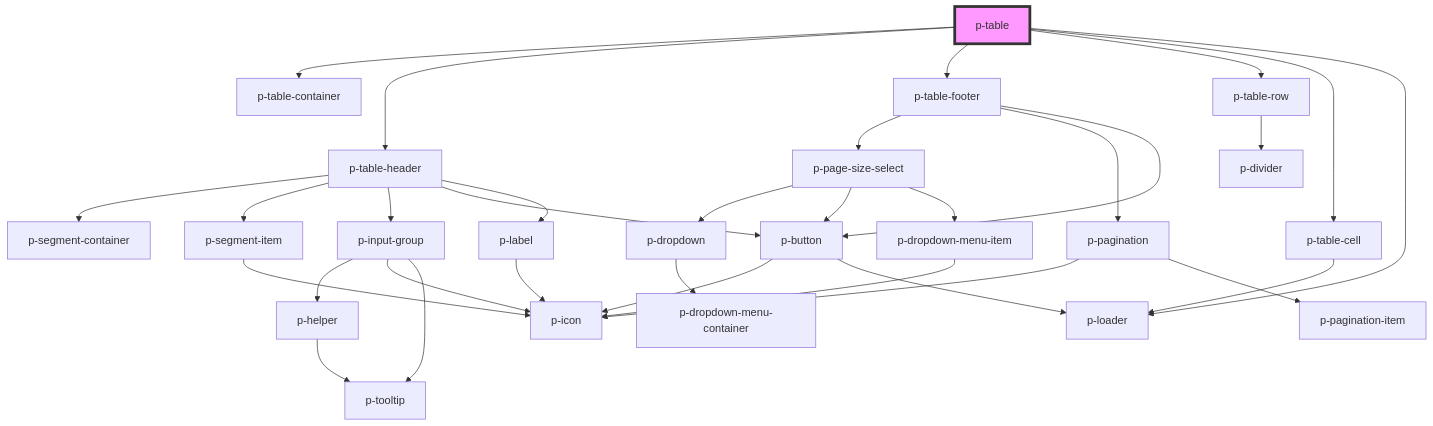
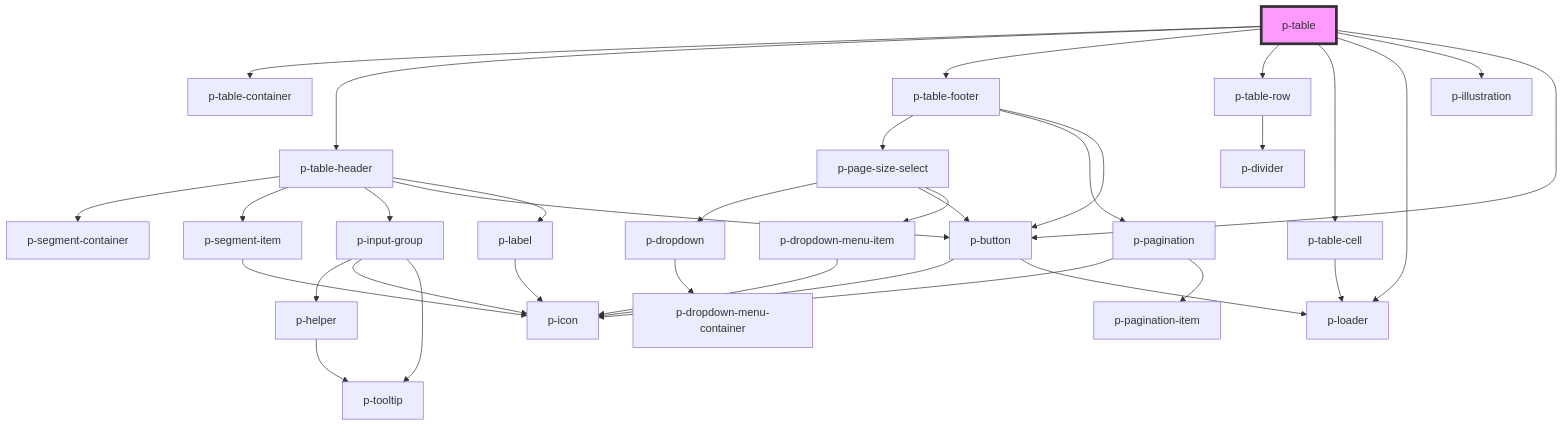
The diagram in packages/core/src/components/organisms/table/readme.md (Employes/paperless), drawn with Mermaid before and after one commit. The commit also changed other lines of this file and 8 other files, not shown here.

````diff
--- a/packages/core/src/components/organisms/table/readme.md
+++ b/packages/core/src/components/organisms/table/readme.md
@@ -75,35 +83,37 @@
 ```mermaid
 graph TD;
   p-table --> p-table-container
   p-table --> p-table-header
   p-table --> p-table-footer
   p-table --> p-table-row
   p-table --> p-table-cell
   p-table --> p-loader
+  p-table --> p-illustration
+  p-table --> p-button
   p-table-header --> p-segment-container
   p-table-header --> p-segment-item
   p-table-header --> p-input-group
   p-table-header --> p-button
   p-table-header --> p-label
   p-segment-item --> p-icon
   p-input-group --> p-helper
   p-input-group --> p-icon
   p-input-group --> p-tooltip
   p-helper --> p-tooltip
   p-button --> p-icon
   p-button --> p-loader
   p-label --> p-icon
   p-table-footer --> p-page-size-select
   p-table-footer --> p-pagination
   p-table-footer --> p-button
   p-page-size-select --> p-dropdown
   p-page-size-select --> p-button
   p-page-size-select --> p-dropdown-menu-item
   p-dropdown --> p-dropdown-menu-container
   p-dropdown-menu-item --> p-icon
   p-pagination --> p-icon
   p-pagination --> p-pagination-item
   p-table-row --> p-divider
   p-table-cell --> p-loader
   style p-table fill:#f9f,stroke:#333,stroke-width:4px
 ```
````
